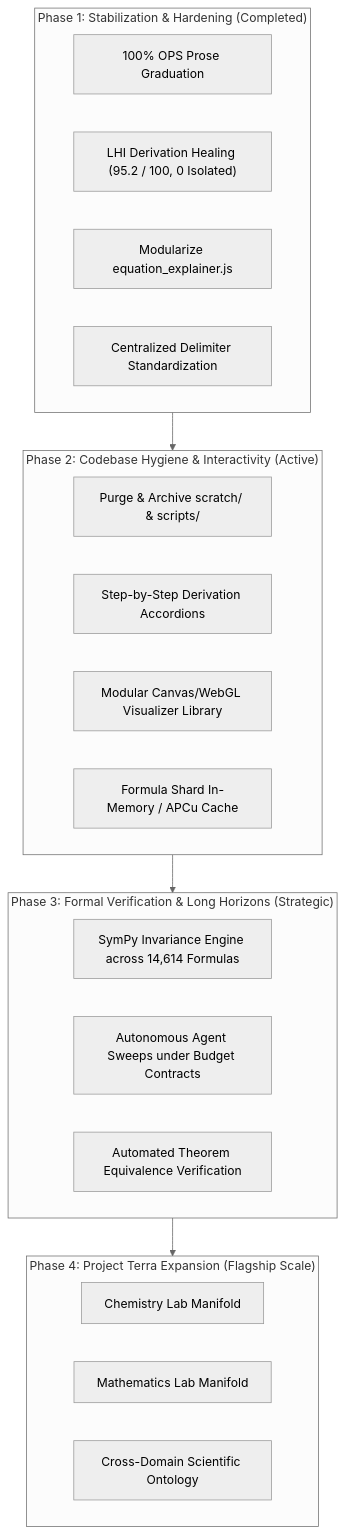
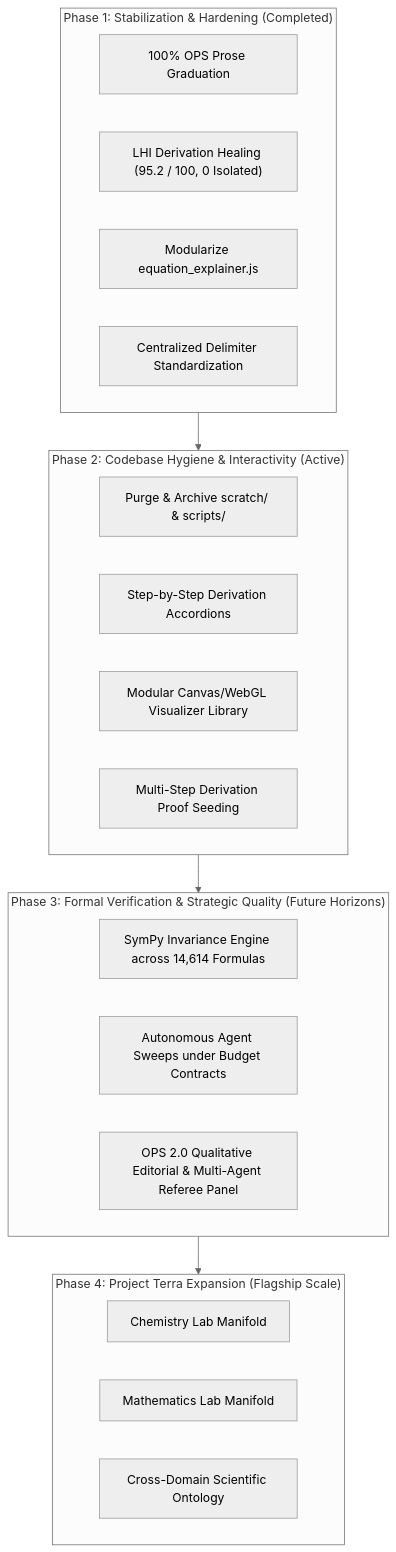
Before and after one commit to jholobetz/terra: the diagram in docs/roadmap.md, drawn with Mermaid (neutral theme). The commit also changed other lines of this file and 126 other files, not shown here.

First line of the commit message:
feat: establish universal domain parity for multi-step derivations (102 proofs) & complete Phase 2

````diff
--- a/docs/roadmap.md
+++ b/docs/roadmap.md
@@ -27,32 +27,32 @@
 ```mermaid
 flowchart TD
     subgraph Phase1["Phase 1: Stabilization & Hardening (Completed)"]
         P1A["100% OPS Prose Graduation"]
         P1B["LHI Derivation Healing (95.2 / 100, 0 Isolated)"]
         P1C["Modularize equation_explainer.js"]
         P1D["Centralized Delimiter Standardization"]
     end
 
     subgraph Phase2["Phase 2: Codebase Hygiene & Interactivity (Active)"]
         P2A["Purge & Archive scratch/ & scripts/"]
         P2B["Step-by-Step Derivation Accordions"]
         P2C["Modular Canvas/WebGL Visualizer Library"]
-        P2D["Formula Shard In-Memory / APCu Cache"]
+        P2D["Multi-Step Derivation Proof Seeding"]
     end
 
-    subgraph Phase3["Phase 3: Formal Verification & Long Horizons (Strategic)"]
+    subgraph Phase3["Phase 3: Formal Verification & Strategic Quality (Future Horizons)"]
         P3A["SymPy Invariance Engine across 14,614 Formulas"]
         P3B["Autonomous Agent Sweeps under Budget Contracts"]
-        P3C["Automated Theorem Equivalence Verification"]
+        P3C["OPS 2.0 Qualitative Editorial & Multi-Agent Referee Panel"]
     end
 
     subgraph Phase4["Phase 4: Project Terra Expansion (Flagship Scale)"]
         P4A["Chemistry Lab Manifold"]
         P4B["Mathematics Lab Manifold"]
         P4C["Cross-Domain Scientific Ontology"]
     end
 
     Phase1 --> Phase2
     Phase2 --> Phase3
     Phase3 --> Phase4
 ```
````
